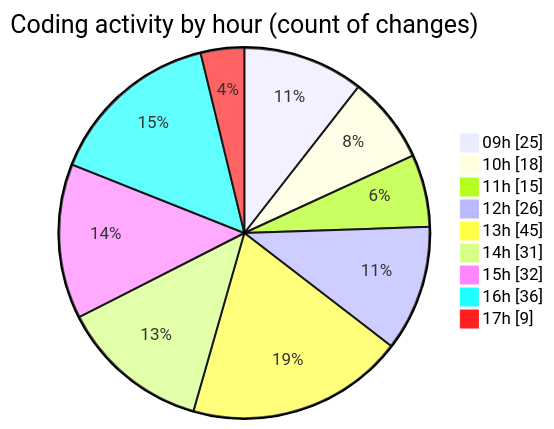
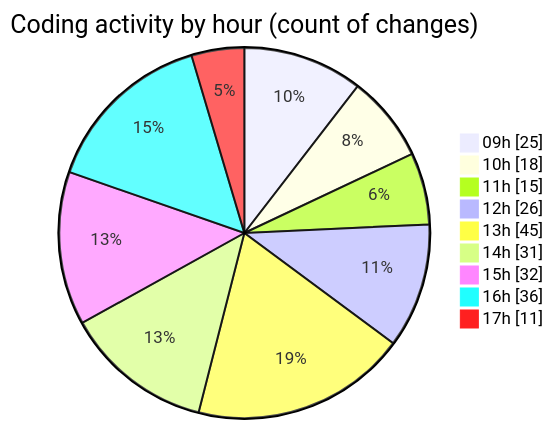
Before and after one commit to momahboobian/code-tracking: the second of 2 diagrams in 2025-03-13/cda/README.md, drawn with Mermaid. The commit also changed other lines of this file and 1 other file, not shown here.

````diff
--- a/2025-03-13/cda/README.md
+++ b/2025-03-13/cda/README.md
@@ -44,13 +44,13 @@
 ```mermaid
 pie showData
 title Coding activity by hour (count of changes)
 "09h" : 25
 "10h" : 18
 "11h" : 15
 "12h" : 26
 "13h" : 45
 "14h" : 31
 "15h" : 32
 "16h" : 36
-"17h" : 9
+"17h" : 11
 ```
````
